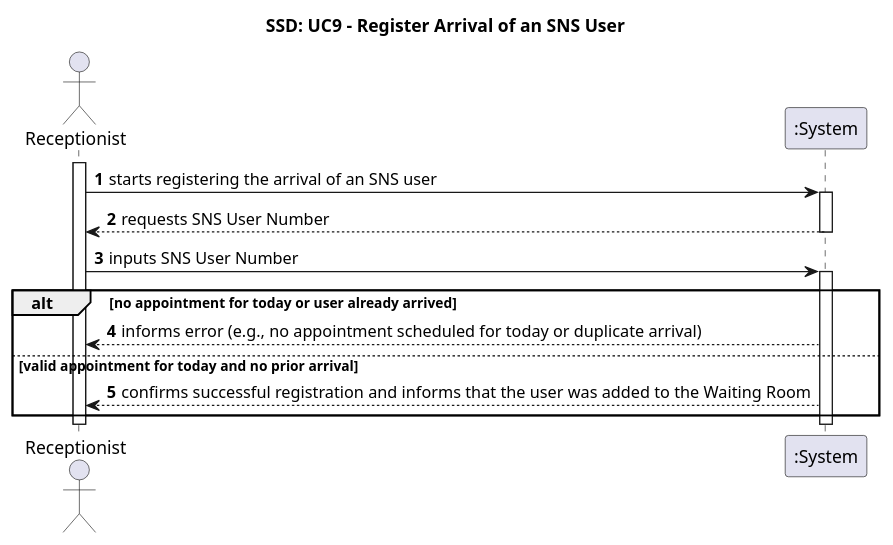
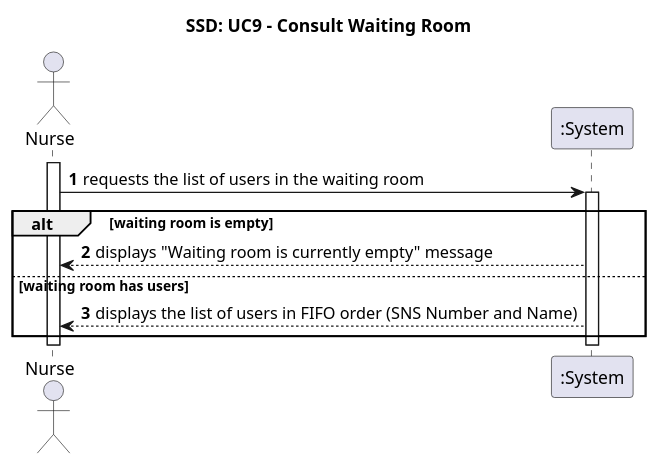
Before and after one commit to Andre-1240567/fsoft2026_1DD_1: the diagram in Documentation/Use Cases/UC9/puml/UC9-SSD.puml, drawn with PlantUML. The commit also changed 36 other files, not shown here.

```diff
--- a/Documentation/Use Cases/UC9/puml/UC9-SSD.puml
+++ b/Documentation/Use Cases/UC9/puml/UC9-SSD.puml
@@ -1,26 +1,21 @@
-@startuml SSD_RegisterArrival
-title SSD: UC9 - Register Arrival of an SNS User
+@startuml SSD_ConsultWaitingRoom
+title SSD: UC9 - Consult Waiting Room
 
-actor "Receptionist" as Rec
+actor "Nurse" as Nurse
 participant ":System" as System
 
 autonumber
-activate Rec
+activate Nurse
 
-Rec -> System: starts registering the arrival of an SNS user
-activate System
-System --> Rec: requests SNS User Number
-deactivate System
-
-Rec -> System: inputs SNS User Number
+Nurse -> System: requests the list of users in the waiting room
 activate System
 
-alt no appointment for today or user already arrived
-    System --> Rec: informs error (e.g., no appointment scheduled for today or duplicate arrival)
-else valid appointment for today and no prior arrival
-    System --> Rec: confirms successful registration and informs that the user was added to the Waiting Room
+alt waiting room is empty
+    System --> Nurse: displays "Waiting room is currently empty" message
+else waiting room has users
+    System --> Nurse: displays the list of users in FIFO order (SNS Number and Name)
 end
 
 deactivate System
-deactivate Rec
+deactivate Nurse
 @enduml
```
